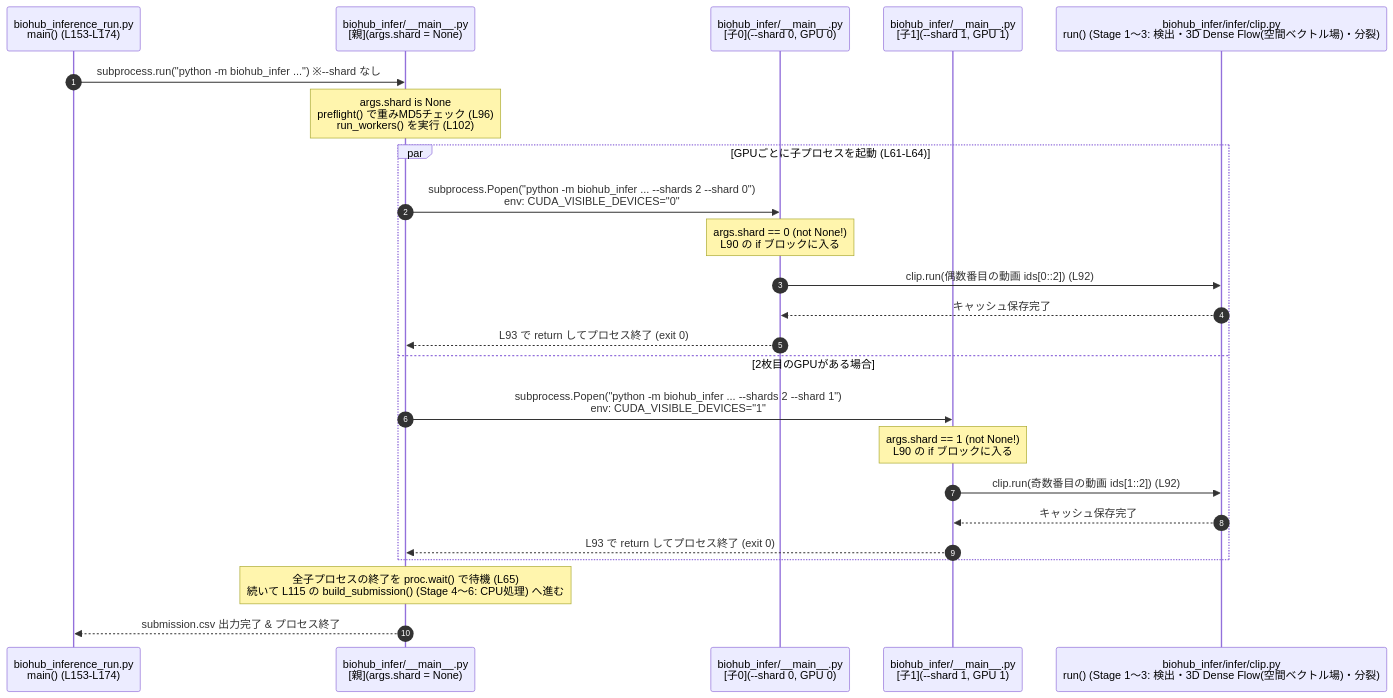
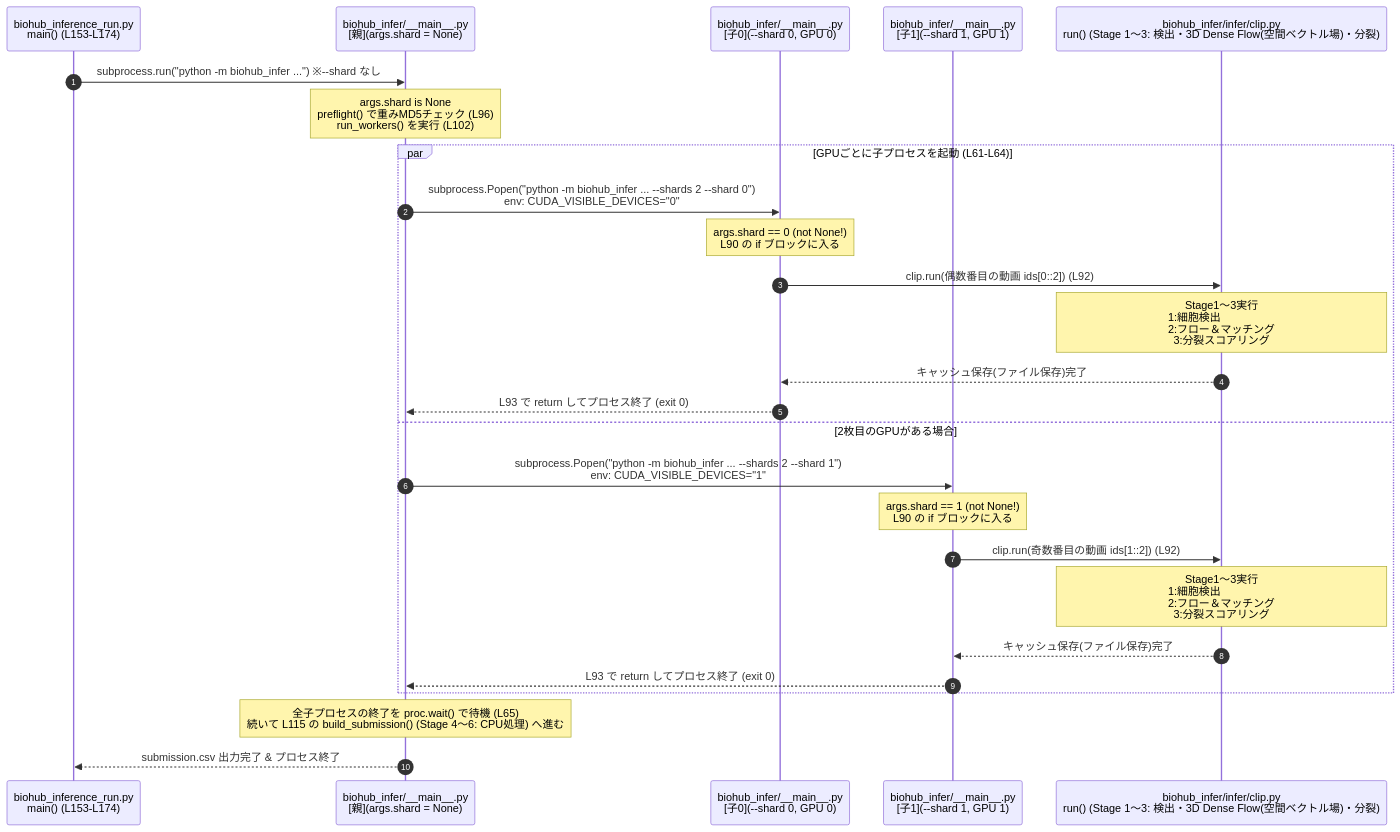
Before and after one commit to kito2718/kgle_001_BCT_Episode: the second of 8 diagrams in episode/Summary&Conclusion/3rd-place-summary.md, drawn with Mermaid. The commit also changed other lines of this file, not shown here.

Commit message:
「Stage 0. Mainシーケンス(サブプロセス呼び出し)」修正完了

````diff
--- a/episode/Summary&Conclusion/3rd-place-summary.md
+++ b/episode/Summary&Conclusion/3rd-place-summary.md
@@ -141,29 +141,31 @@
 ```mermaid
 sequenceDiagram
     autonumber
     participant Runner as biohub_inference_run.py<br/>main() (L153-L174)
     participant Parent as biohub_infer/__main__.py<br/>[親](args.shard = None)
     participant Worker0 as biohub_infer/__main__.py<br/>[子0](--shard 0, GPU 0)
     participant Worker1 as biohub_infer/__main__.py<br/>[子1](--shard 1, GPU 1)
     participant Clip as biohub_infer/infer/clip.py<br/>run() (Stage 1〜3: 検出・3D Dense Flow(空間ベクトル場)・分裂)
 
     Runner->>Parent: subprocess.run("python -m biohub_infer ...") ※--shard なし
     Note over Parent: args.shard is None<br/>preflight() で重みMD5チェック (L96)<br/>run_workers() を実行 (L102)
 
     par GPUごとに子プロセスを起動 (L61-L64)
         Parent->>Worker0: subprocess.Popen("python -m biohub_infer ... --shards 2 --shard 0")<br/>env: CUDA_VISIBLE_DEVICES="0"
         Note over Worker0: args.shard == 0 (not None!)<br/>L90 の if ブロックに入る
         Worker0->>Clip: clip.run(偶数番目の動画 ids[0::2]) (L92)
-        Clip-->>Worker0: キャッシュ保存完了
+        Note over Clip: Stage1～3実行<br/>1:細胞検出　　　　　<br/>2:フロー＆マッチング<br/>3:分裂スコアリング
+        Clip-->>Worker0: キャッシュ保存(ファイル保存)完了
         Worker0-->>Parent: L93 で return してプロセス終了 (exit 0)
     and 2枚目のGPUがある場合
         Parent->>Worker1: subprocess.Popen("python -m biohub_infer ... --shards 2 --shard 1")<br/>env: CUDA_VISIBLE_DEVICES="1"
         Note over Worker1: args.shard == 1 (not None!)<br/>L90 の if ブロックに入る
         Worker1->>Clip: clip.run(奇数番目の動画 ids[1::2]) (L92)
-        Clip-->>Worker1: キャッシュ保存完了
+        Note over Clip: Stage1～3実行<br/>1:細胞検出　　　　　<br/>2:フロー＆マッチング<br/>3:分裂スコアリング
+        Clip-->>Worker1: キャッシュ保存(ファイル保存)完了
         Worker1-->>Parent: L93 で return してプロセス終了 (exit 0)
     end
 
     Note over Parent: 全子プロセスの終了を proc.wait() で待機 (L65)<br/>続いて L115 の build_submission() (Stage 4〜6: CPU処理) へ進む
     Parent-->>Runner: submission.csv 出力完了 & プロセス終了
 ```
````
